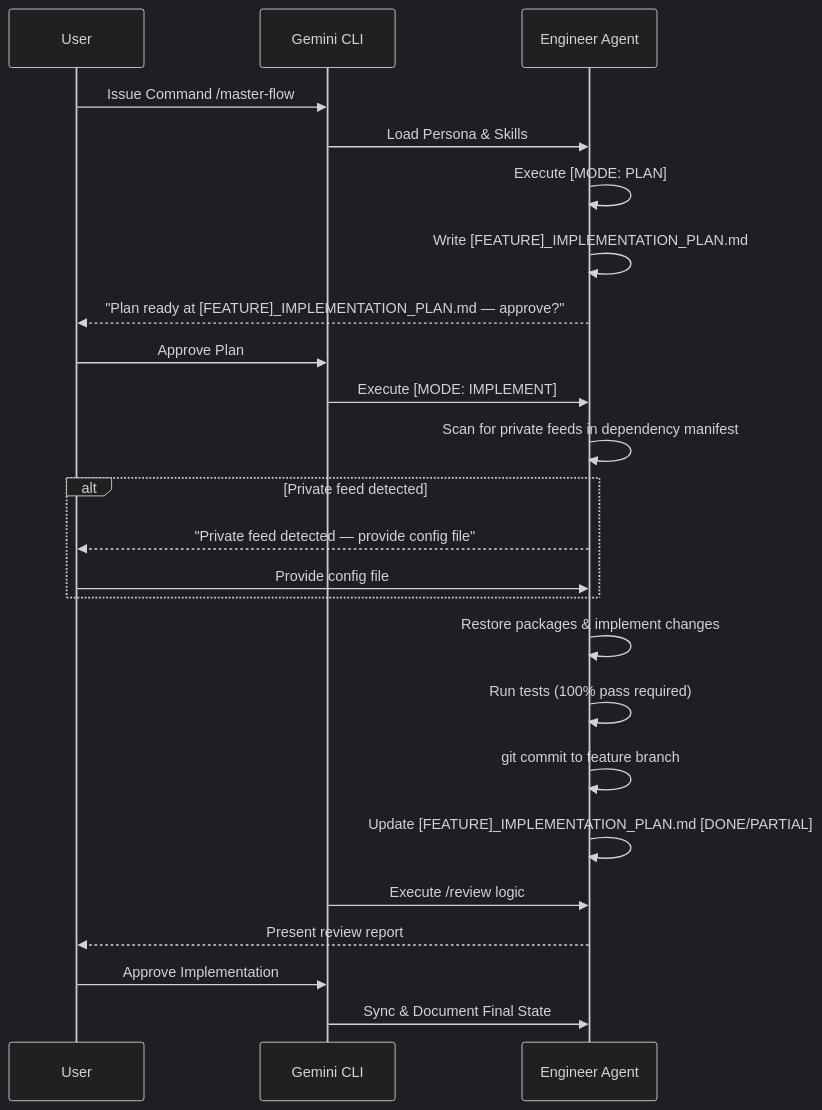
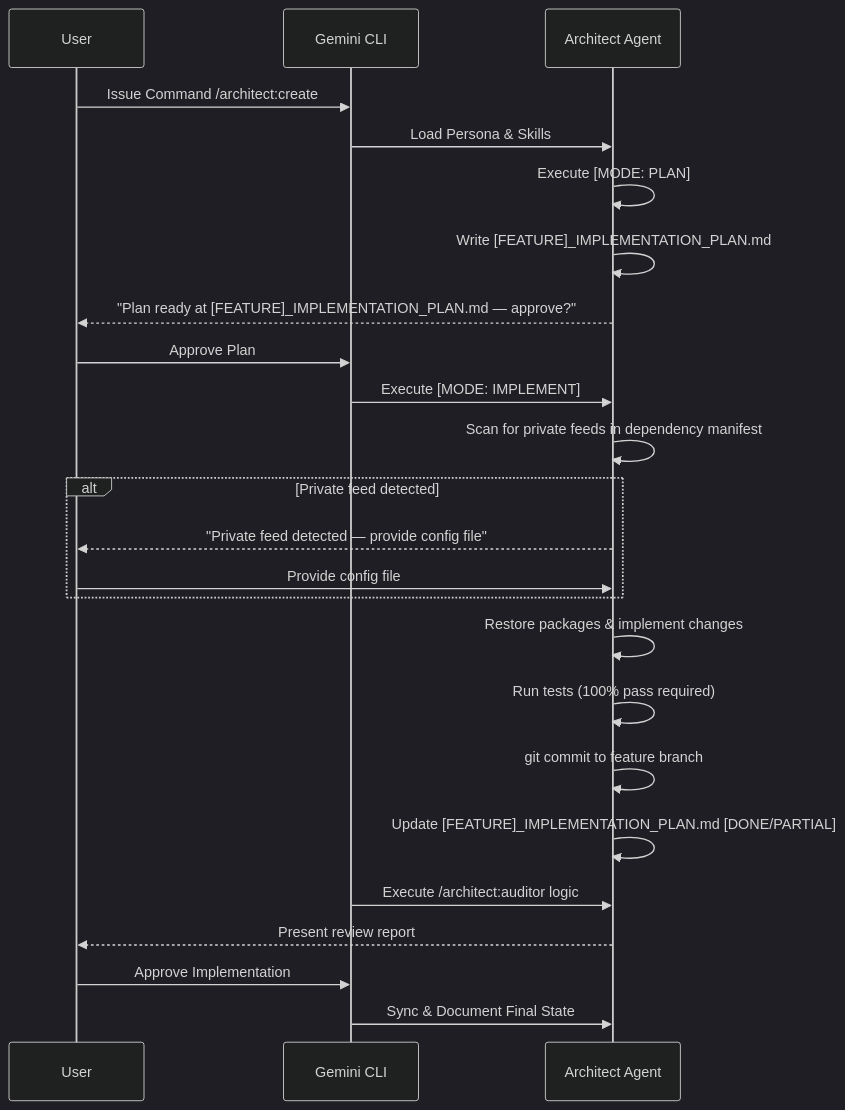
The diagram in docs/TECHNICAL_SPECS.md (SouzaEduardoAC/ai-agents), drawn with Mermaid (dark theme) before and after one commit. The commit also changed other lines of this file and 119 other files, not shown here.

First line of the commit message:
feat: overhaul agent architecture with specialized specialists and MCP integration

````diff
--- a/docs/TECHNICAL_SPECS.md
+++ b/docs/TECHNICAL_SPECS.md
@@ -48,27 +47,27 @@
 ```mermaid
 sequenceDiagram
     participant U as User
     participant G as Gemini CLI
-    participant E as Engineer Agent
+    participant E as Architect Agent
 
-    U->>G: Issue Command /master-flow
+    U->>G: Issue Command /architect:create
     G->>E: Load Persona & Skills
     E->>E: Execute [MODE: PLAN]
     E->>E: Write [FEATURE]_IMPLEMENTATION_PLAN.md
     E-->>U: "Plan ready at [FEATURE]_IMPLEMENTATION_PLAN.md — approve?"
     U->>G: Approve Plan
     G->>E: Execute [MODE: IMPLEMENT]
     E->>E: Scan for private feeds in dependency manifest
     alt Private feed detected
         E-->>U: "Private feed detected — provide config file"
         U->>E: Provide config file
     end
     E->>E: Restore packages & implement changes
     E->>E: Run tests (100% pass required)
     E->>E: git commit to feature branch
     E->>E: Update [FEATURE]_IMPLEMENTATION_PLAN.md [DONE/PARTIAL]
-    G->>E: Execute /review logic
+    G->>E: Execute /architect:auditor logic
     E-->>U: Present review report
     U->>G: Approve Implementation
     G->>E: Sync & Document Final State
 ```
````
